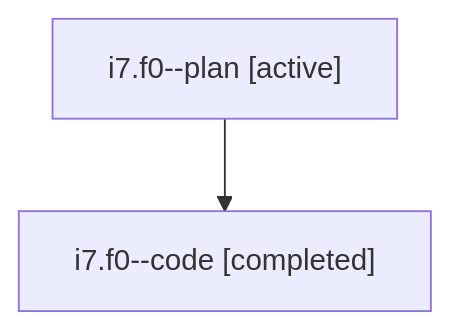
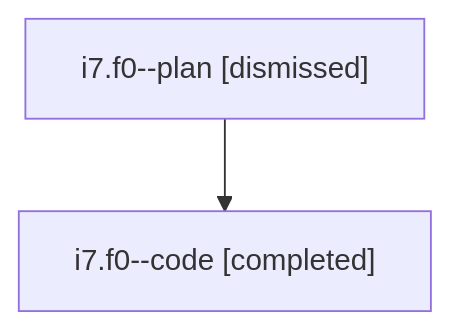
Before and after one commit to sase-org/sase--agents: the diagram in sessions/bbugyi200.athena.i7.f0.md, drawn with Mermaid. The commit also changed other lines of this file and 33 other files, not shown here.

````diff
--- a/sessions/bbugyi200.athena.i7.f0.md
+++ b/sessions/bbugyi200.athena.i7.f0.md
@@ -9,6 +9,6 @@
 ```mermaid
 flowchart TD
-  n0["i7.f0--plan [active]"]
+  n0["i7.f0--plan [dismissed]"]
   n1["i7.f0--code [completed]"]
   n0 --> n1
 ```
````
